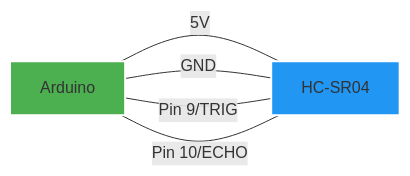
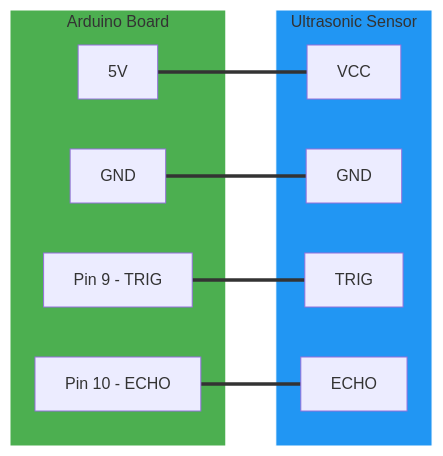
The third of 8 diagrams in README.md (khairul-me/SR04Advanced), drawn with Mermaid before and after one commit. The commit also changed other lines of this file, not shown here.

````diff
--- a/README.md
+++ b/README.md
@@ -26,10 +86,24 @@
 ```mermaid
 graph LR
-    A[Arduino] -- 5V --- B[HC-SR04]
-    A -- GND --- B
-    A -- Pin 9/TRIG --- B
-    A -- Pin 10/ECHO --- B
+    subgraph Arduino ["Arduino Board"]
+        A1[5V]
+        A2[GND]
+        A3[Pin 9 - TRIG]
+        A4[Pin 10 - ECHO]
+    end
     
-    style A fill:#4CAF50,stroke:#fff,stroke-width:2px
-    style B fill:#2196F3,stroke:#fff,stroke-width:2px
+    subgraph HC-SR04 ["Ultrasonic Sensor"]
+        S1[VCC]
+        S2[GND]
+        S3[TRIG]
+        S4[ECHO]
+    end
+    
+    A1 === S1
+    A2 === S2
+    A3 === S3
+    A4 === S4
+    
+    style Arduino fill:#4CAF50,stroke:#fff
+    style HC-SR04 fill:#2196F3,stroke:#fff
 ```
````
